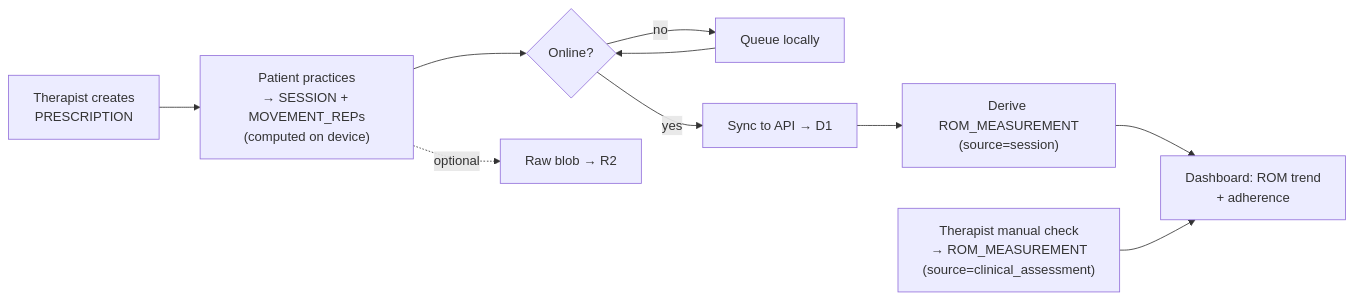
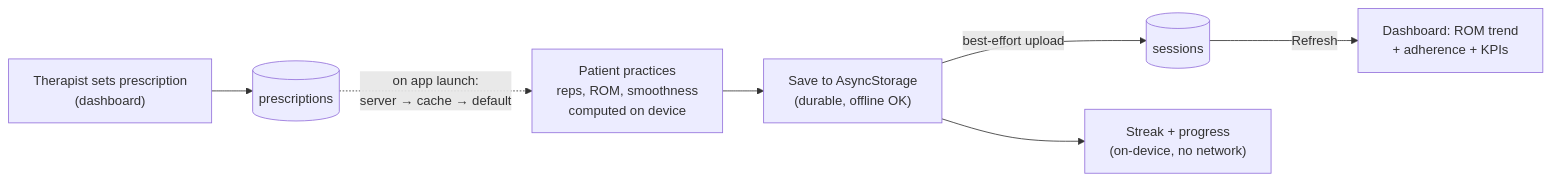
One commit to radityawsgtg/Pulihgo changed the third of 3 diagrams in pulihgo-app/docs/03-database.md. Above: the diagram before and after it, drawn with Mermaid. The commit also changed other lines of this file and 5 other files, not shown here.

````diff
--- a/pulihgo-app/docs/03-database.md
+++ b/pulihgo-app/docs/03-database.md
@@ -143,12 +250,9 @@
 ```mermaid
 flowchart LR
-    A["Therapist creates<br/>PRESCRIPTION"] --> B["Patient practices<br/>→ SESSION + MOVEMENT_REPs<br/>(computed on device)"]
-    B --> C{"Online?"}
-    C -->|no| D["Queue locally"]
-    D --> C
-    C -->|yes| E["Sync to API → D1"]
-    B -.optional.-> F["Raw blob → R2"]
-    E --> G["Derive ROM_MEASUREMENT<br/>(source=session)"]
-    G --> H["Dashboard: ROM trend<br/>+ adherence"]
-    I["Therapist manual check<br/>→ ROM_MEASUREMENT<br/>(source=clinical_assessment)"] --> H
+    A["Therapist sets prescription<br/>(dashboard)"] --> B[("prescriptions")]
+    B -.->|"on app launch:<br/>server → cache → default"| C["Patient practices<br/>reps, ROM, smoothness<br/>computed on device"]
+    C --> D["Save to AsyncStorage<br/>(durable, offline OK)"]
+    D -->|"best-effort upload"| E[("sessions")]
+    D --> F["Streak + progress<br/>(on-device, no network)"]
+    E -->|"Refresh"| G["Dashboard: ROM trend<br/>+ adherence + KPIs"]
 ```
````
